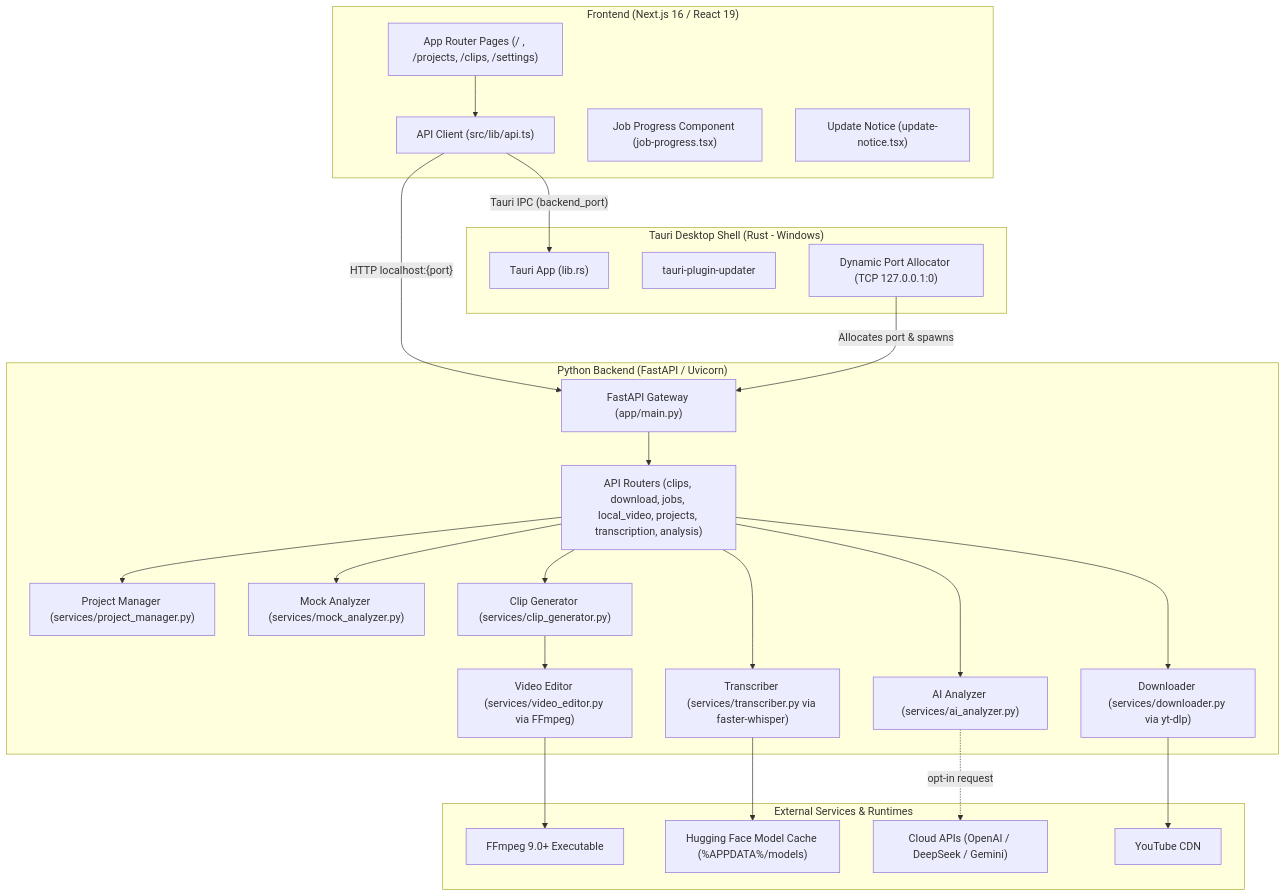
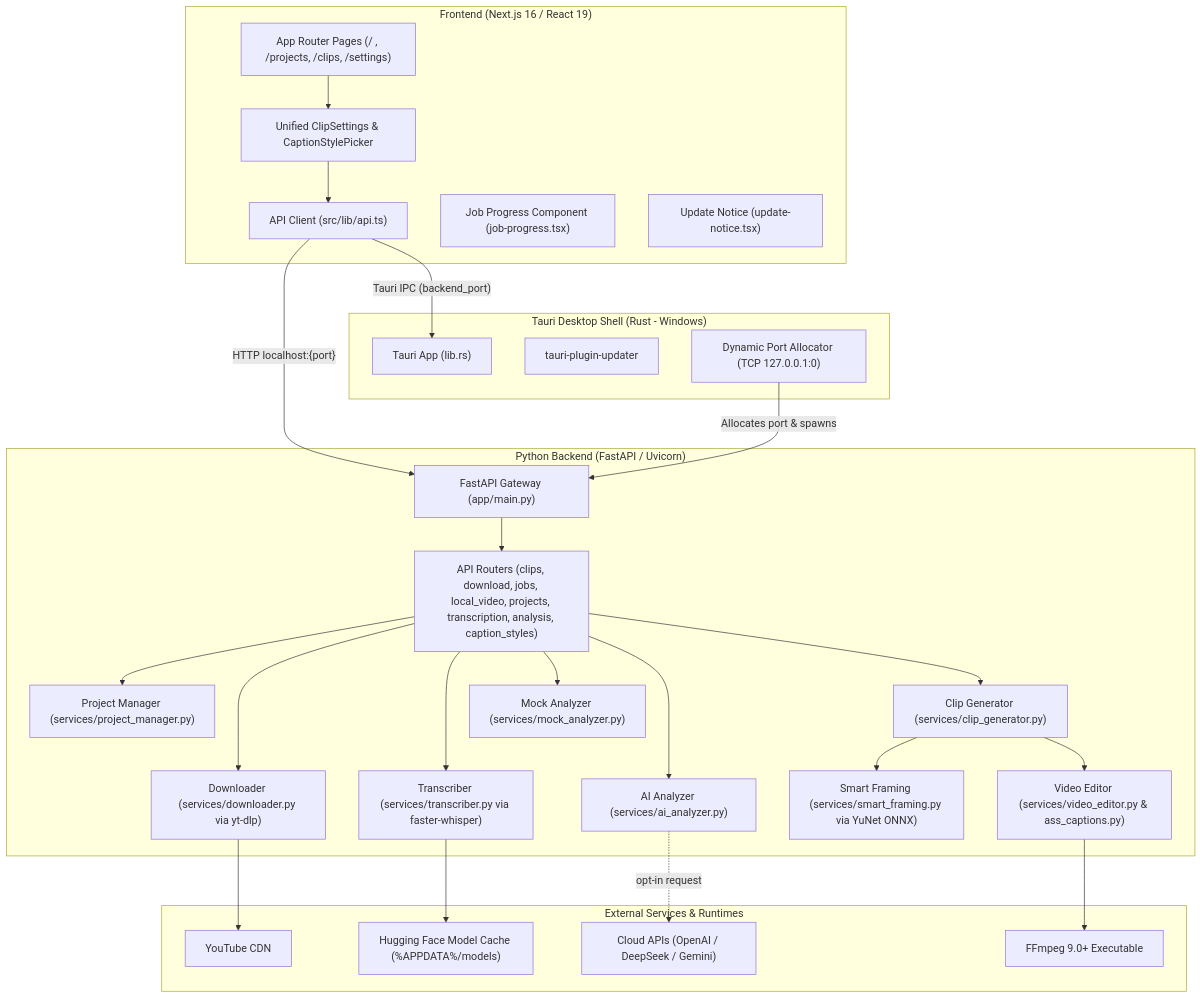
The diagram in ai.md (abdullohtariq/ClipRobin), drawn with Mermaid before and after one commit. The commit also changed other lines of this file and 22 other files, not shown here.

Commit message:
fix: responsive UI, settings synchronization, and video playback coordination

````diff
--- a/ai.md
+++ b/ai.md
@@ -25,46 +25,49 @@
 ```mermaid
 flowchart TD
     subgraph DesktopShell["Tauri Desktop Shell (Rust - Windows)"]
         Tauri["Tauri App (lib.rs)"]
         TauriAutoUpdate["tauri-plugin-updater"]
         TauriPortFinder["Dynamic Port Allocator (TCP 127.0.0.1:0)"]
     end
 
     subgraph Frontend["Frontend (Next.js 16 / React 19)"]
         UI["App Router Pages (/ , /projects, /clips, /settings)"]
+        ClipSettings["Unified ClipSettings & CaptionStylePicker"]
         ApiClient["API Client (src/lib/api.ts)"]
         JobPoller["Job Progress Component (job-progress.tsx)"]
         UpdateNotice["Update Notice (update-notice.tsx)"]
     end
 
     subgraph Backend["Python Backend (FastAPI / Uvicorn)"]
         Main["FastAPI Gateway (app/main.py)"]
-        Routes["API Routers (clips, download, jobs, local_video, projects, transcription, analysis)"]
+        Routes["API Routers (clips, download, jobs, local_video, projects, transcription, analysis, caption_styles)"]
         ProjMgr["Project Manager (services/project_manager.py)"]
         Downloader["Downloader (services/downloader.py via yt-dlp)"]
         Transcriber["Transcriber (services/transcriber.py via faster-whisper)"]
         MockAnalyzer["Mock Analyzer (services/mock_analyzer.py)"]
         AIAnalyzer["AI Analyzer (services/ai_analyzer.py)"]
+        SmartFraming["Smart Framing (services/smart_framing.py via YuNet ONNX)"]
         ClipGen["Clip Generator (services/clip_generator.py)"]
-        VideoEditor["Video Editor (services/video_editor.py via FFmpeg)"]
+        VideoEditor["Video Editor (services/video_editor.py & ass_captions.py)"]
     end
 
     subgraph External["External Services & Runtimes"]
         FFmpegProc["FFmpeg 9.0+ Executable"]
         LocalModels["Hugging Face Model Cache (%APPDATA%/models)"]
         CloudLLM["Cloud APIs (OpenAI / DeepSeek / Gemini)"]
         YouTube["YouTube CDN"]
     end
 
-    UI --> ApiClient
+    UI --> ClipSettings --> ApiClient
     ApiClient -- "HTTP localhost:{port}" --> Main
     TauriPortFinder -- "Allocates port & spawns" --> Main
     ApiClient -- "Tauri IPC (backend_port)" --> Tauri
     Main --> Routes
     Routes --> ProjMgr
     Routes --> Downloader --> YouTube
     Routes --> Transcriber --> LocalModels
     Routes --> MockAnalyzer
     Routes --> AIAnalyzer -. opt-in request .-> CloudLLM
-    Routes --> ClipGen --> VideoEditor --> FFmpegProc
+    Routes --> ClipGen --> SmartFraming
+    ClipGen --> VideoEditor --> FFmpegProc
 ```
````
